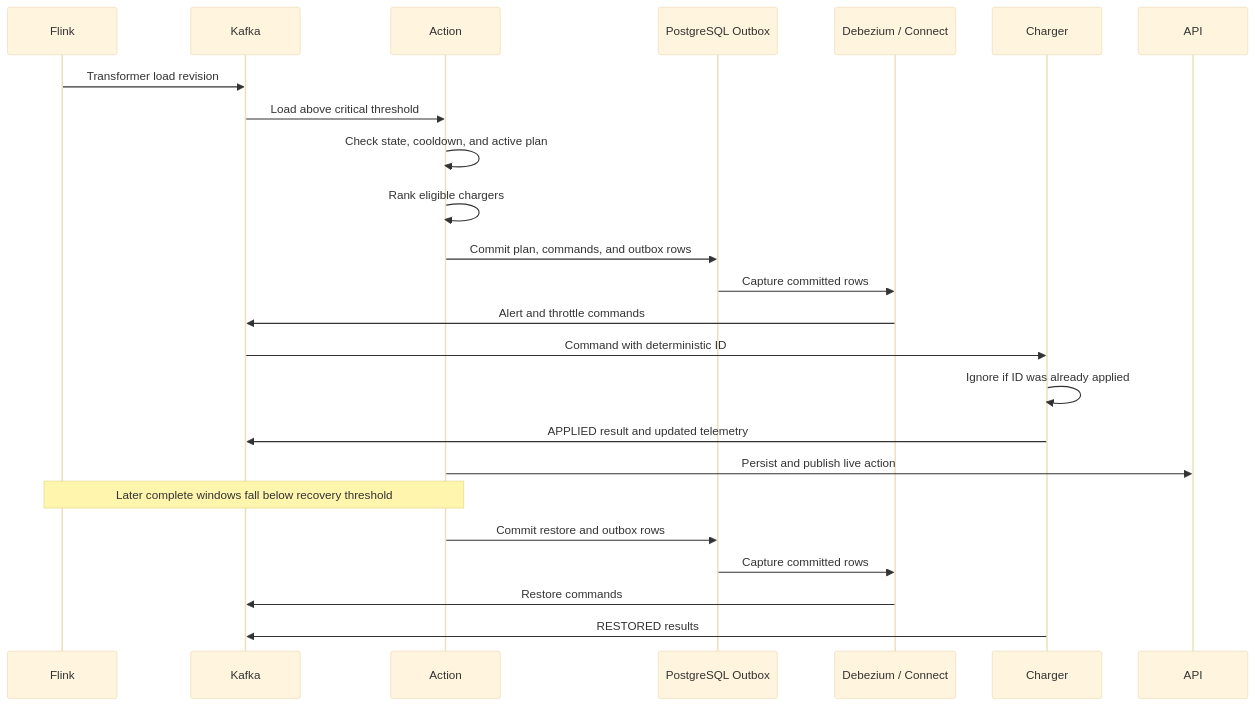
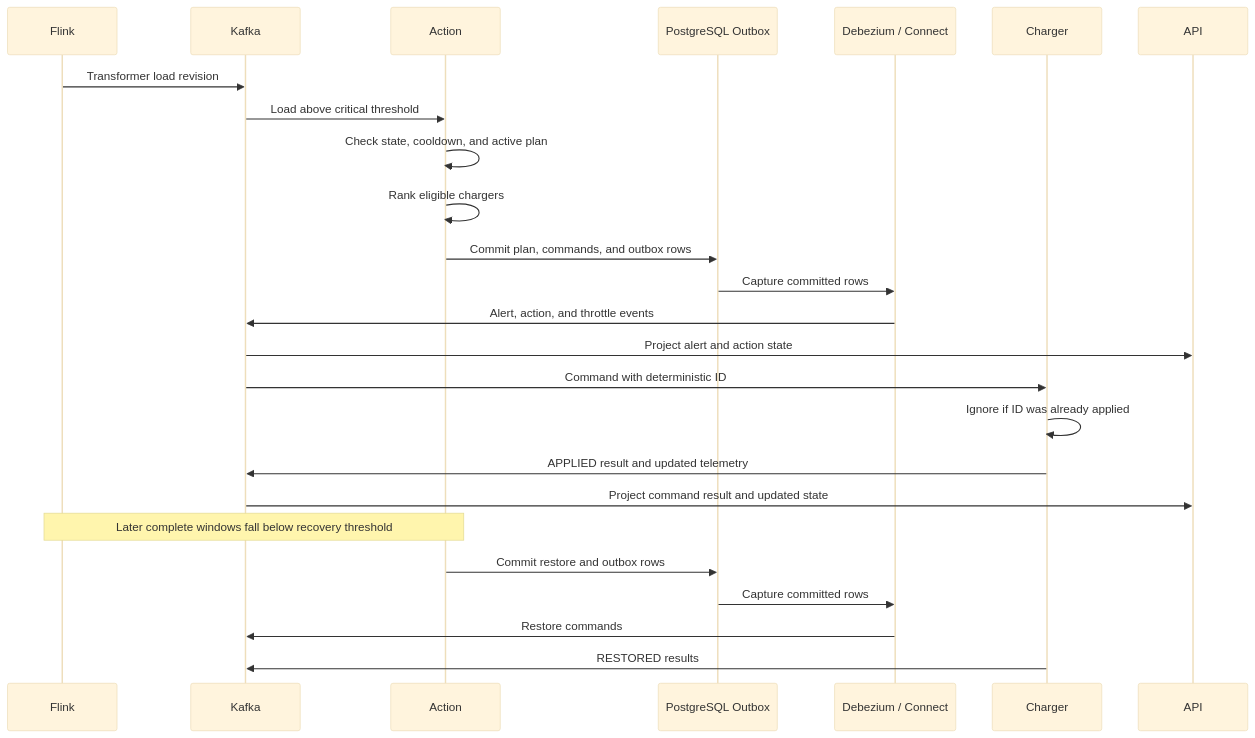
The second of 2 diagrams in docs/design/DATA_FLOW.md (snkprdhn/CMPE-273-Group-10-Project), drawn with Mermaid (base theme) before and after one commit. The commit also changed other lines of this file and 35 other files, not shown here.

````diff
--- a/docs/design/DATA_FLOW.md
+++ b/docs/design/DATA_FLOW.md
@@ -56,27 +60,28 @@
 ```mermaid
 sequenceDiagram
     participant Flink
     participant Kafka
     participant Action
     participant DB as PostgreSQL Outbox
     participant CDC as Debezium / Connect
     participant Charger
     participant API
 
     Flink->>Kafka: Transformer load revision
     Kafka->>Action: Load above critical threshold
     Action->>Action: Check state, cooldown, and active plan
     Action->>Action: Rank eligible chargers
     Action->>DB: Commit plan, commands, and outbox rows
     DB->>CDC: Capture committed rows
-    CDC->>Kafka: Alert and throttle commands
+    CDC->>Kafka: Alert, action, and throttle events
+    Kafka->>API: Project alert and action state
     Kafka->>Charger: Command with deterministic ID
     Charger->>Charger: Ignore if ID was already applied
     Charger->>Kafka: APPLIED result and updated telemetry
-    Action->>API: Persist and publish live action
+    Kafka->>API: Project command result and updated state
     Note over Flink,Action: Later complete windows fall below recovery threshold
     Action->>DB: Commit restore and outbox rows
     DB->>CDC: Capture committed rows
     CDC->>Kafka: Restore commands
     Charger->>Kafka: RESTORED results
 ```
````
